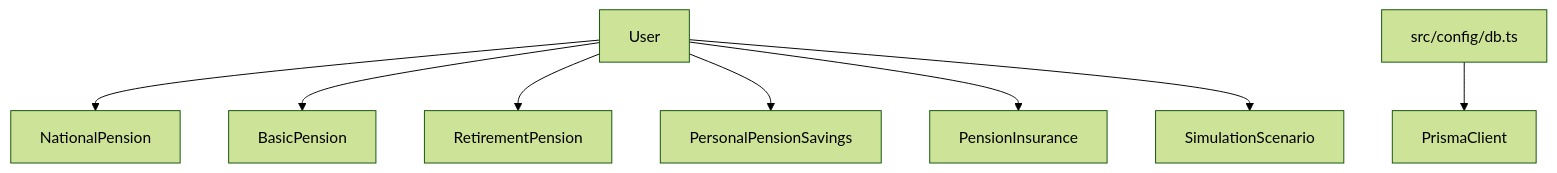
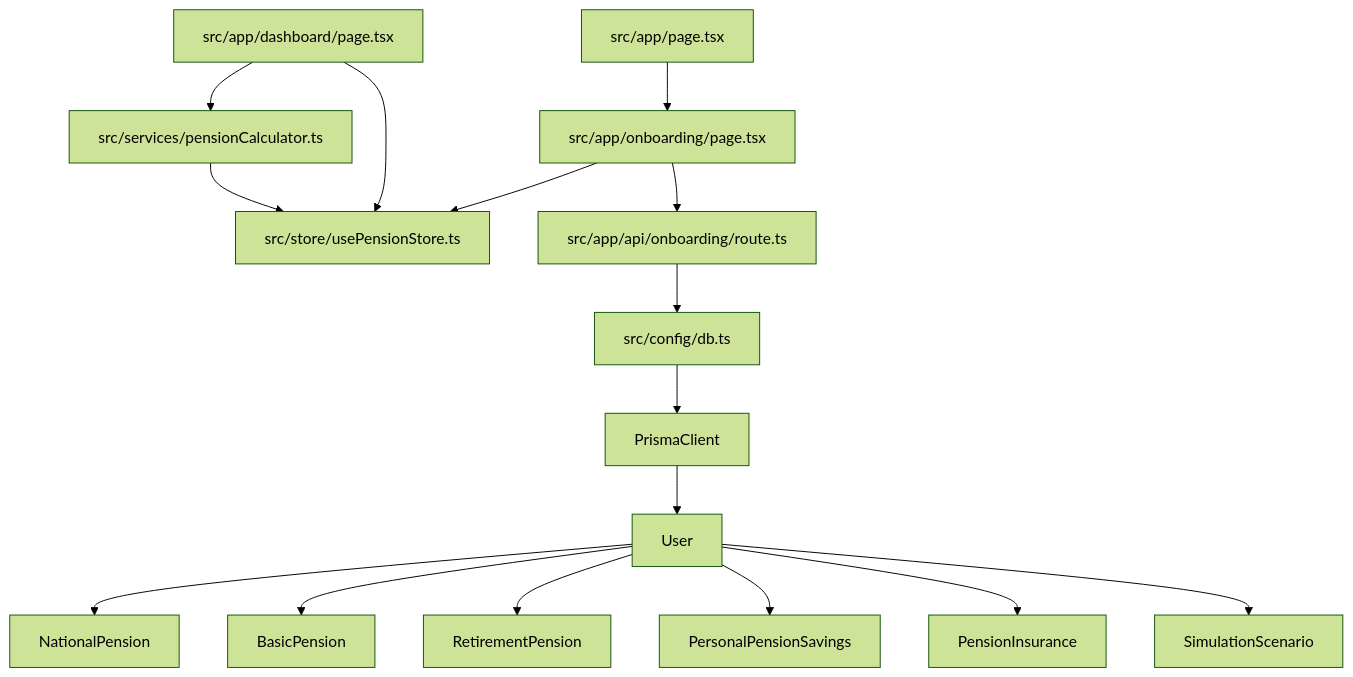
Before and after one commit to ChanHoya/PensionLab: the diagram in docs/dependency-map.md, drawn with Mermaid (forest theme). The commit also changed 5 other files, not shown here.

Commit message:
S1-2: Develop Pension Calculation Engine & Recharts Dashboard UI

````diff
--- a/docs/dependency-map.md
+++ b/docs/dependency-map.md
@@ -3,10 +3,26 @@
 ```mermaid
 graph TD
+  %% Database Layer
+  db[src/config/db.ts] --> PrismaClient
+  PrismaClient --> User
   User --> NationalPension
   User --> BasicPension
   User --> RetirementPension
   User --> PersonalPensionSavings
   User --> PensionInsurance
   User --> SimulationScenario
-  db[src/config/db.ts] --> PrismaClient
+
+  %% State & Business Logic Layer
+  Store[src/store/usePensionStore.ts]
+  Calculator[src/services/pensionCalculator.ts]
+
+  %% UI & Page Layer
+  Landing[src/app/page.tsx] --> OnboardingUI
+  OnboardingUI[src/app/onboarding/page.tsx] --> Store
+  OnboardingUI --> OnboardingAPI[src/app/api/onboarding/route.ts]
+  OnboardingAPI --> db
+
+  Dashboard[src/app/dashboard/page.tsx] --> Store
+  Dashboard --> Calculator
+  Calculator --> Store
 ```
````
